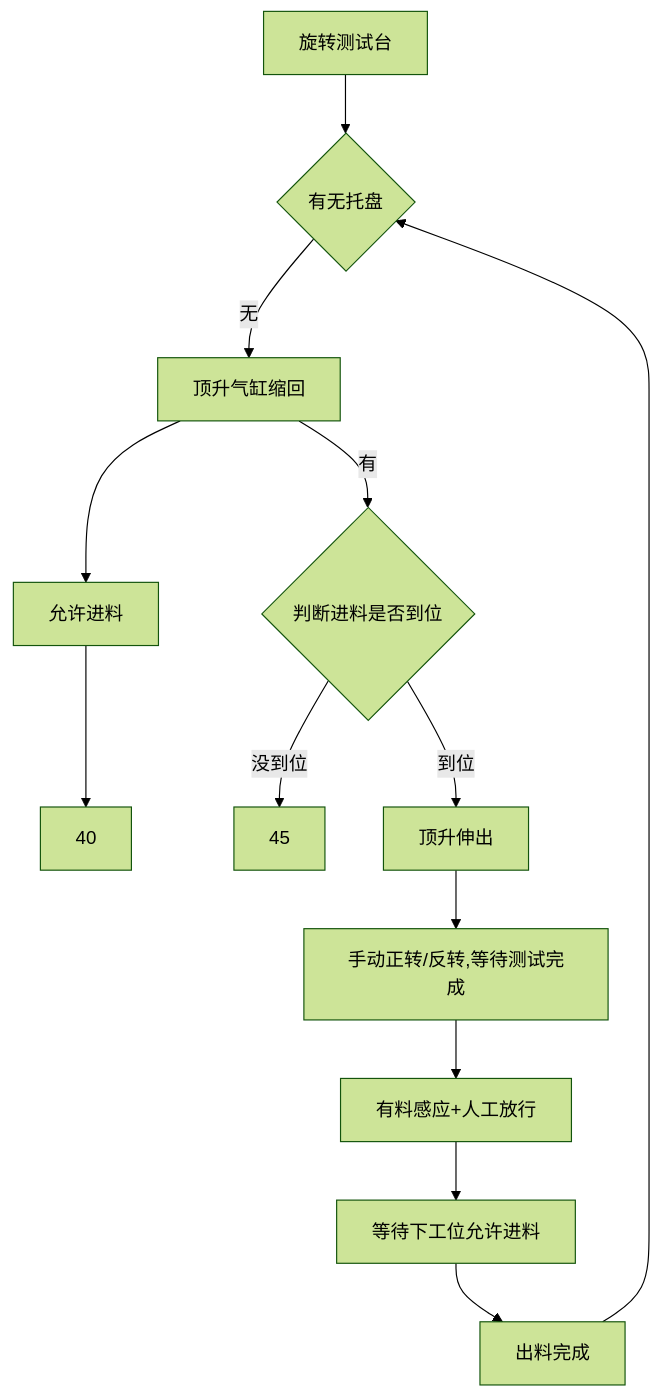
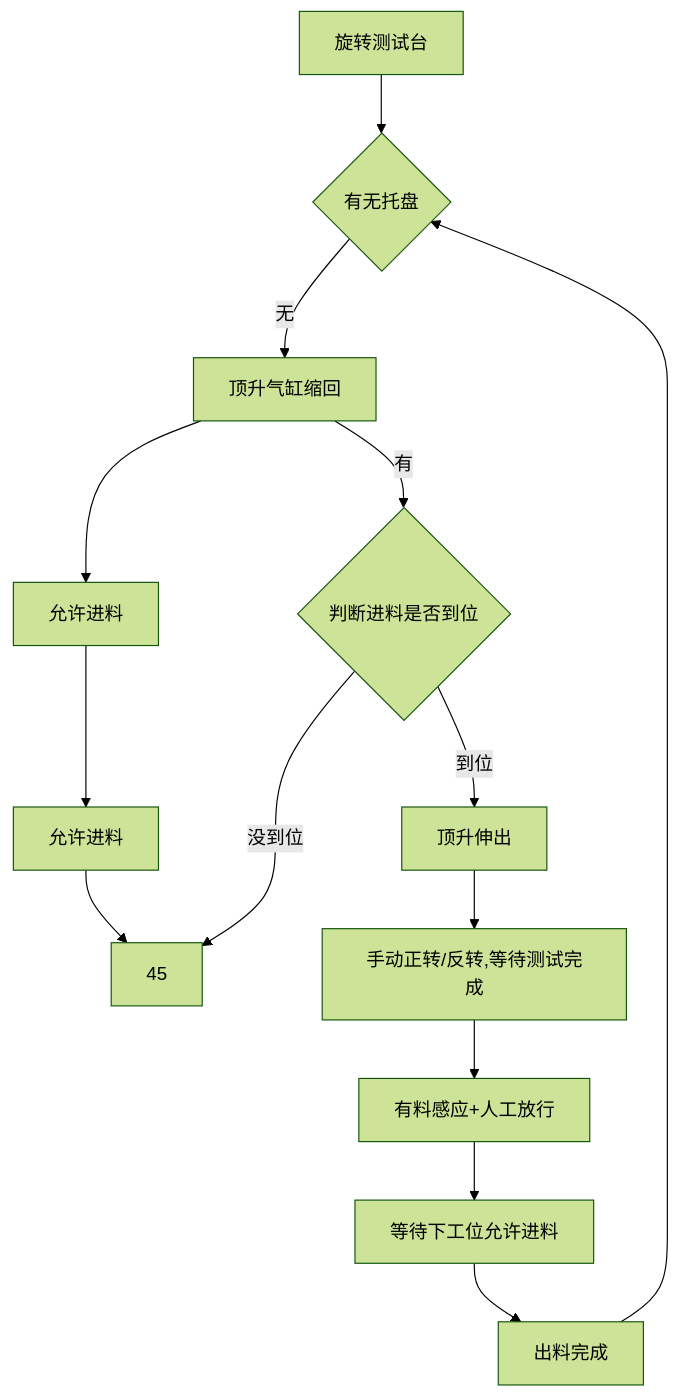
Before and after one commit to PengKun1/iodraw-files: the diagram in all/旋转测试台.md, drawn with Mermaid (forest theme).

Commit message:
2024-12-23 16:31:53 update

````diff
--- a/all/旋转测试台.md
+++ b/all/旋转测试台.md
@@ -1,16 +1,16 @@
 ```mermaid
 graph TD
 0[旋转测试台]-->10
 10{有无托盘}-->|无|20
 20-->|有|50
 20[顶升气缸缩回]-->30
 30[允许进料]-->40
-
+40[允许进料]-->45
 50{判断进料是否到位}-->|到位|60 
 50-->|没到位|45
 60[顶升伸出]-->70
 70[手动正转/反转,等待测试完成]-->80
 80[有料感应+人工放行]-->90
 90[等待下工位允许进料]-->100
 100[出料完成]-->10
 ```
````
